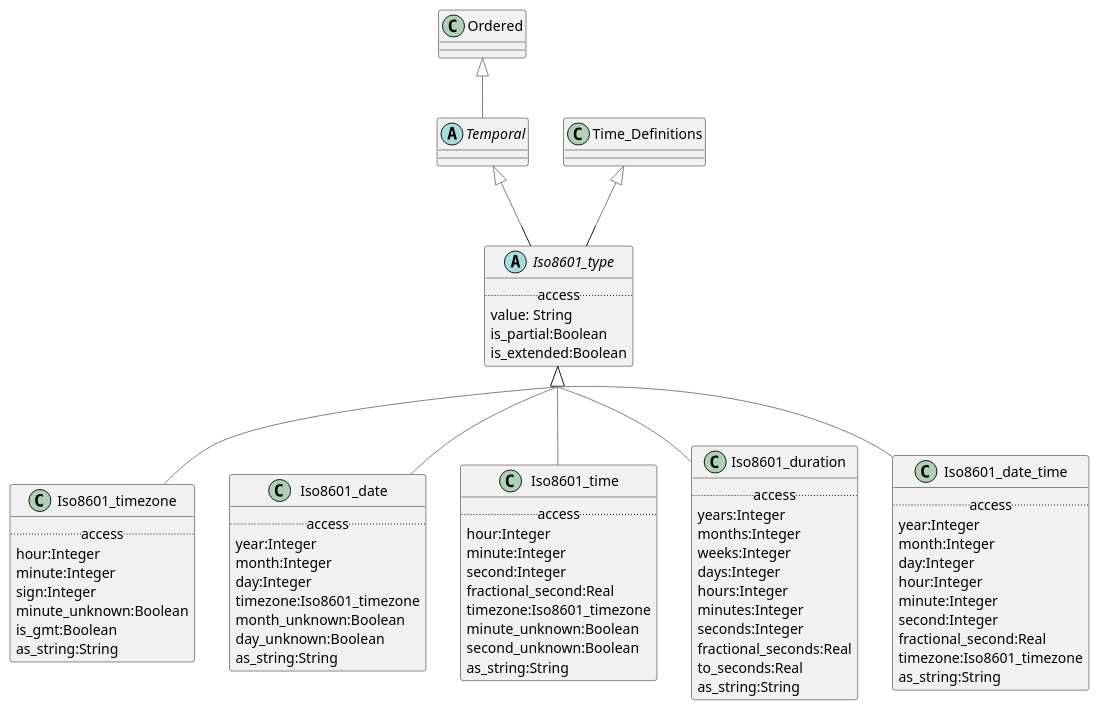
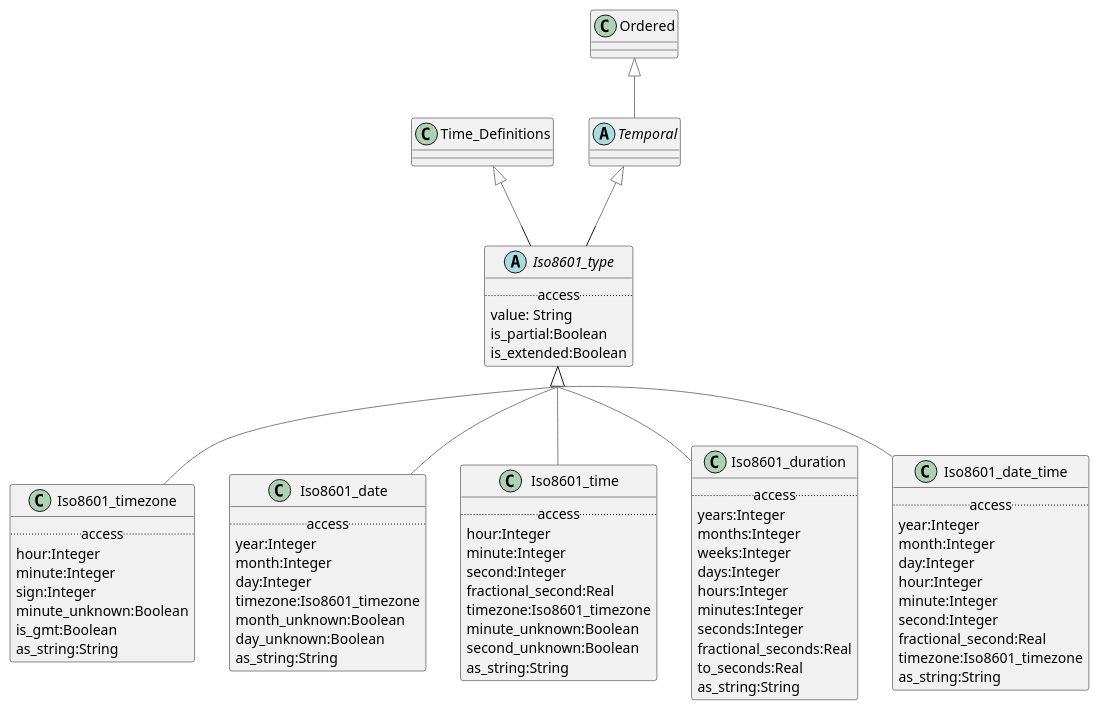
Before and after one commit to wolandscat/openehr-doc: the diagram in modules/ROOT/examples/bmm/representation/builtin_types/time/time-package-uml.adoc, drawn with PlantUML. The commit also changed 2355 other files, not shown here.

```diff
--- a/modules/ROOT/examples/bmm/representation/builtin_types/time/time-package-uml.adoc
+++ b/modules/ROOT/examples/bmm/representation/builtin_types/time/time-package-uml.adoc
@@ -3,10 +3,10 @@
-[plantuml,opts=interactive]
+[plantuml,opts=interactive,link=self]
 ....
 skinparam groupInheritance 2
 skinparam citedClassColor #FDFDFD
 
 
-class Iso8601_timezone [[/splashlang-doc/latest/representation/representation-builtin_types.html#_class_iso8601_timezone]] {
+class Iso8601_timezone [[/openehr-doc/latest/representation/builtin_types-gen.html#_class_iso8601_timezone]] {
         .. access ..
         hour:Integer
         minute:Integer
@@ -16,10 +16,10 @@
         as_string:String
 }
 
-Iso8601_type <|-[#gray]- Iso8601_timezone
+Iso8601_timezone -[#gray]up-|> Iso8601_type  
 
 
-class Iso8601_date [[/splashlang-doc/latest/representation/representation-builtin_types.html#_class_iso8601_date]] {
+class Iso8601_date [[/openehr-doc/latest/representation/builtin_types-gen.html#_class_iso8601_date]] {
         .. access ..
         year:Integer
         month:Integer
@@ -30,16 +30,16 @@
         as_string:String
 }
 
-Iso8601_type <|-[#gray]- Iso8601_date
+Iso8601_date -[#gray]up-|> Iso8601_type  
 
 
-abstract class Temporal [[/splashlang-doc/latest/representation/representation-builtin_types.html#_class_temporal]] {
+abstract class Temporal [[/openehr-doc/latest/representation/builtin_types-gen.html#_class_temporal]] {
 }
 
-Ordered <|-[#gray]- Temporal
+Temporal -[#gray]up-|> Ordered  
 
 
-class Iso8601_time [[/splashlang-doc/latest/representation/representation-builtin_types.html#_class_iso8601_time]] {
+class Iso8601_time [[/openehr-doc/latest/representation/builtin_types-gen.html#_class_iso8601_time]] {
         .. access ..
         hour:Integer
         minute:Integer
@@ -51,10 +51,10 @@
         as_string:String
 }
 
-Iso8601_type <|-[#gray]- Iso8601_time
+Iso8601_time -[#gray]up-|> Iso8601_type  
 
 
-class Iso8601_duration [[/splashlang-doc/latest/representation/representation-builtin_types.html#_class_iso8601_duration]] {
+class Iso8601_duration [[/openehr-doc/latest/representation/builtin_types-gen.html#_class_iso8601_duration]] {
         .. access ..
         years:Integer
         months:Integer
@@ -68,23 +68,23 @@
         as_string:String
 }
 
-Iso8601_type <|-[#gray]- Iso8601_duration
+Iso8601_duration -[#gray]up-|> Iso8601_type  
 
 
-abstract class Iso8601_type [[/splashlang-doc/latest/representation/representation-builtin_types.html#_class_iso8601_type]] {
+abstract class Iso8601_type [[/openehr-doc/latest/representation/builtin_types-gen.html#_class_iso8601_type]] {
         .. access ..
         value: String
         is_partial:Boolean
         is_extended:Boolean
 }
 
-Temporal <|-[#gray]- Iso8601_type
+Iso8601_type -[#gray]up-|> Temporal  
 
 
-Time_Definitions <|-[#gray]- Iso8601_type
+Iso8601_type -[#gray]up-|> Time_Definitions  
 
 
-class Iso8601_date_time [[/splashlang-doc/latest/representation/representation-builtin_types.html#_class_iso8601_date_time]] {
+class Iso8601_date_time [[/openehr-doc/latest/representation/builtin_types-gen.html#_class_iso8601_date_time]] {
         .. access ..
         year:Integer
         month:Integer
@@ -97,7 +97,7 @@
         as_string:String
 }
 
-Iso8601_type <|-[#gray]- Iso8601_date_time
+Iso8601_date_time -[#gray]up-|> Iso8601_type  
 
 
 ....
```
